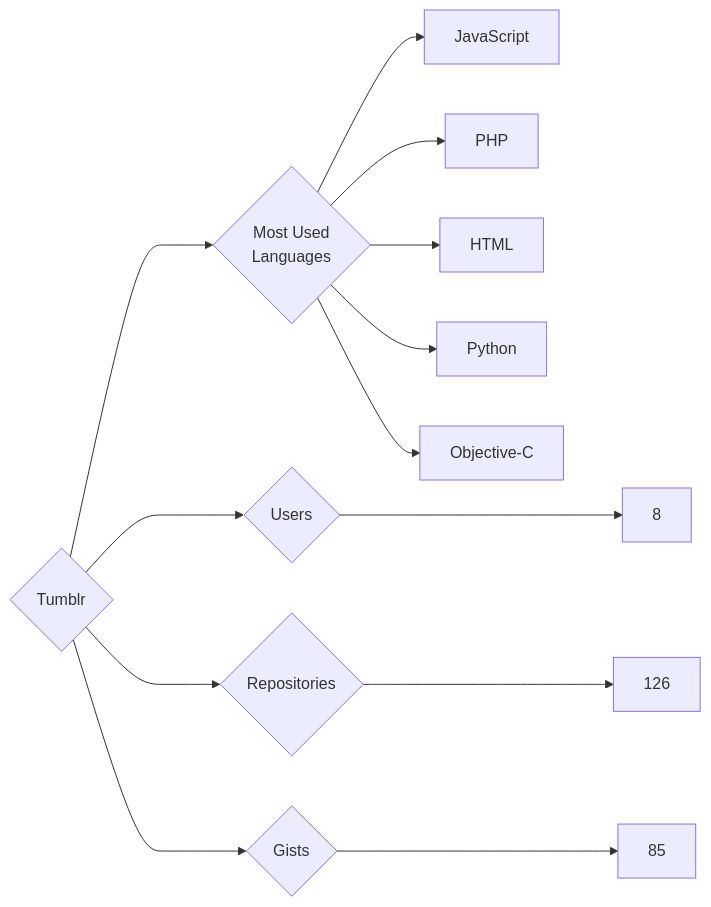
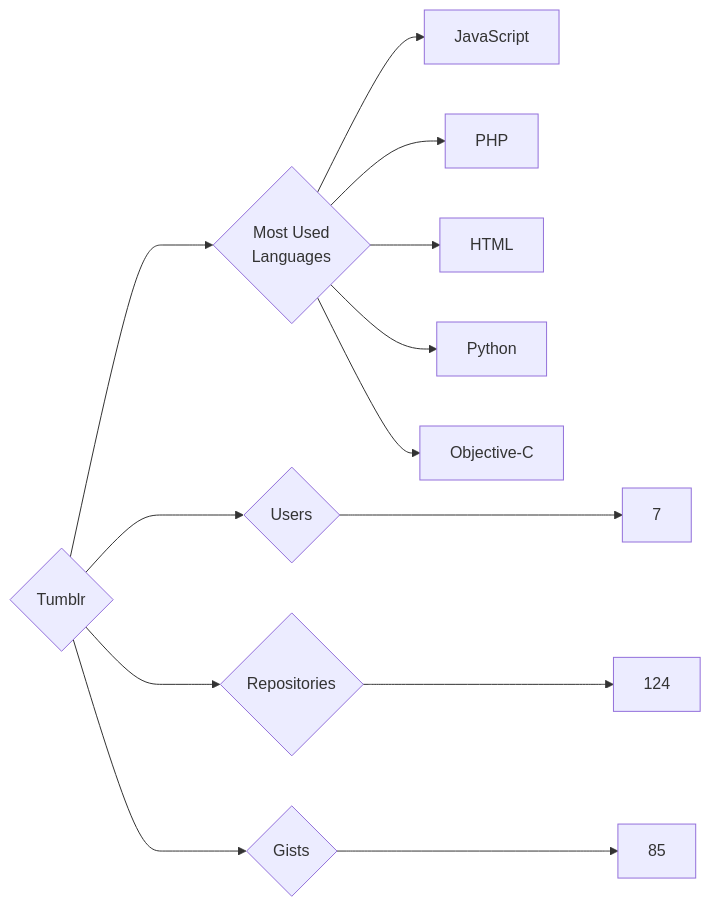
One commit to trickest/insiders changed the diagram in targets/Tumblr/README.md. Above: the diagram before and after it, drawn with Mermaid. The commit also changed 939 other files, not shown here.

````diff
--- a/targets/Tumblr/README.md
+++ b/targets/Tumblr/README.md
@@ -3,13 +3,13 @@
 ```mermaid
 graph LR
 COMPANY_NAME{Tumblr}
-COMPANY_NAME ---> U{Users} ---> UN[8]
-COMPANY_NAME ---> R{Repositories} ---> RN[126]
+COMPANY_NAME ---> U{Users} ---> UN[7]
+COMPANY_NAME ---> R{Repositories} ---> RN[124]
 COMPANY_NAME ---> G{Gists} ---> GN[85]
 COMPANY_NAME ---> ML{Most Used<br>Languages}
 ML --> JavaScript[JavaScript]
 ML --> PHP[PHP]
 ML --> HTML[HTML]
 ML --> Python[Python]
 ML --> Objective-C[Objective-C]
 ```
````
